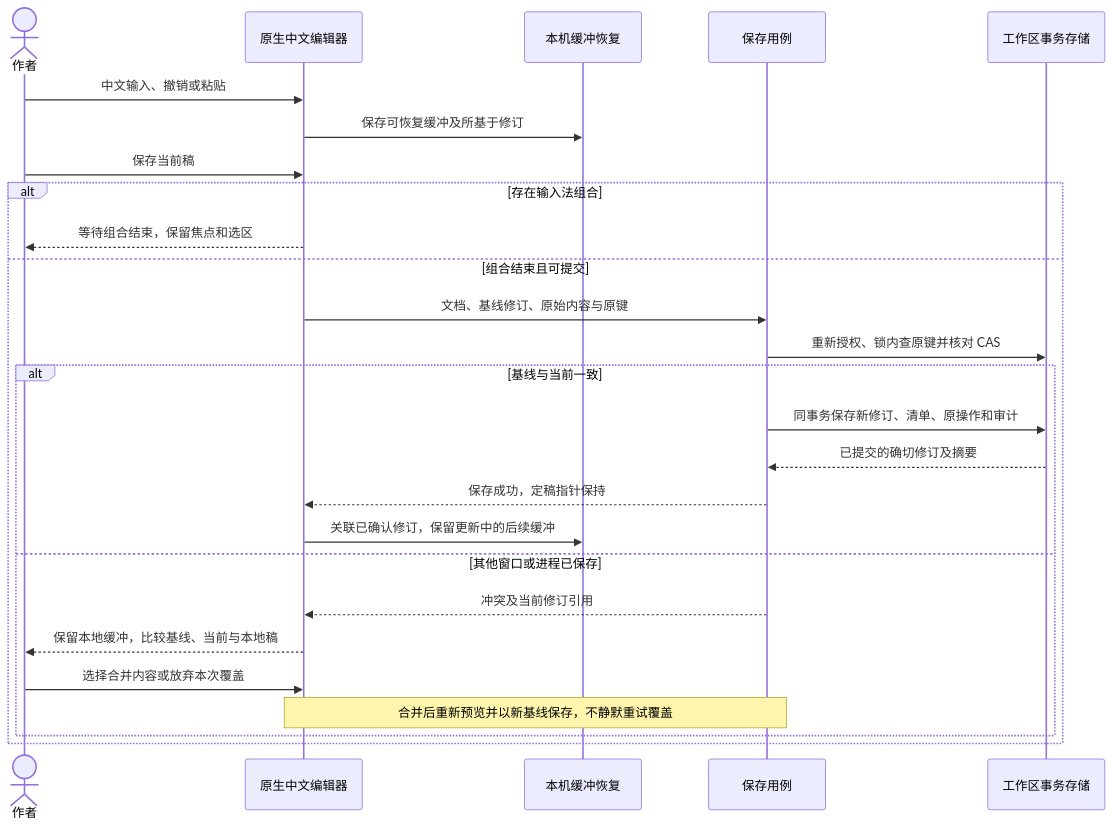
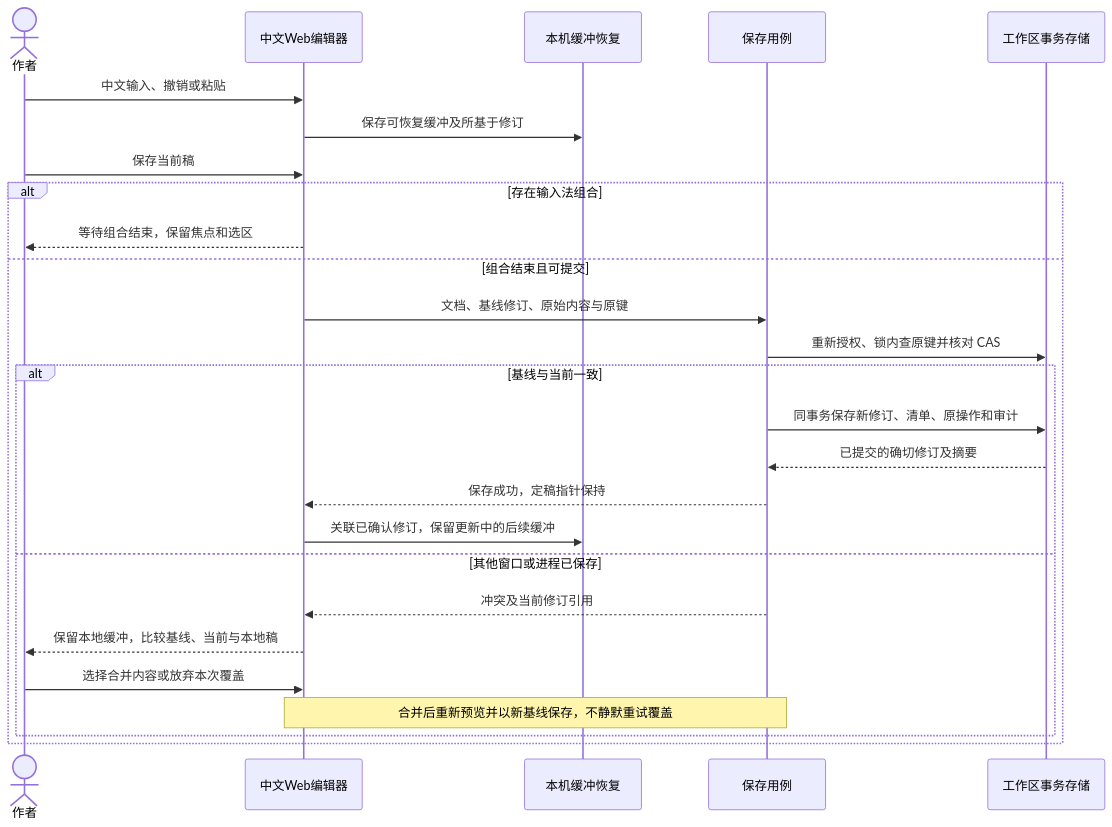
Before and after one commit to limecloud/hetu: diagram 22 of 54 in docs/23-业务流程与MCP时序.md, drawn with Mermaid. The commit also changed other lines of this file and 729 other files, not shown here.

````diff
--- a/docs/23-业务流程与MCP时序.md
+++ b/docs/23-业务流程与MCP时序.md
@@ -600,28 +607,28 @@
 ```mermaid
 sequenceDiagram
     actor author as 作者
-    participant editor as 原生中文编辑器
+    participant editor as 中文Web编辑器
     participant recovery as 本机缓冲恢复
     participant core as 保存用例
     participant store as 工作区事务存储
     author->>editor: 中文输入、撤销或粘贴
     editor->>recovery: 保存可恢复缓冲及所基于修订
     author->>editor: 保存当前稿
     alt 存在输入法组合
         editor-->>author: 等待组合结束，保留焦点和选区
     else 组合结束且可提交
         editor->>core: 文档、基线修订、原始内容与原键
         core->>store: 重新授权、锁内查原键并核对 CAS
         alt 基线与当前一致
             core->>store: 同事务保存新修订、清单、原操作和审计
             store-->>core: 已提交的确切修订及摘要
             core-->>editor: 保存成功，定稿指针保持
             editor->>recovery: 关联已确认修订，保留更新中的后续缓冲
         else 其他窗口或进程已保存
             core-->>editor: 冲突及当前修订引用
             editor-->>author: 保留本地缓冲，比较基线、当前与本地稿
             author->>editor: 选择合并内容或放弃本次覆盖
             Note over editor,core: 合并后重新预览并以新基线保存，不静默重试覆盖
         end
     end
 ```
````
